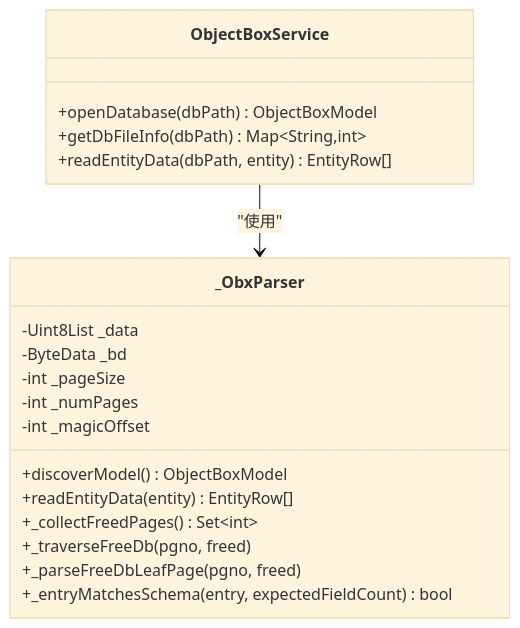
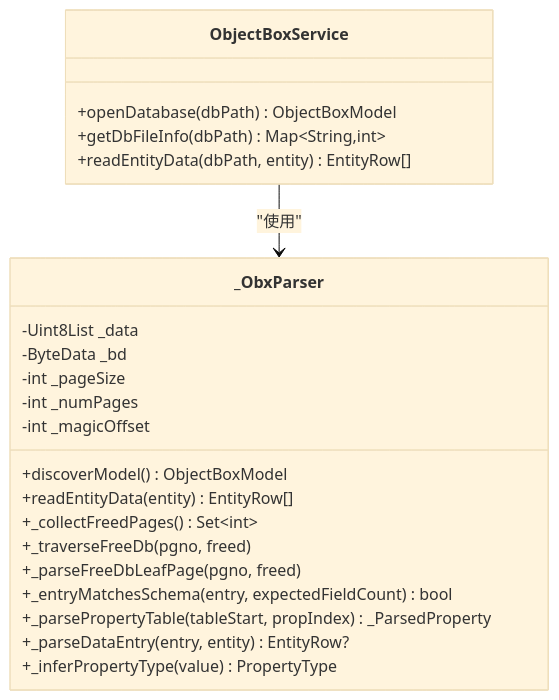
Before and after one commit to kongpf8848/objectbox_viewer: the third of 7 diagrams in .qoder/repowiki/zh/content/架构设计/服务层架构.md, drawn with Mermaid (base theme). The commit also changed other lines of this file and 22 other files, not shown here.

````diff
--- a/.qoder/repowiki/zh/content/架构设计/服务层架构.md
+++ b/.qoder/repowiki/zh/content/架构设计/服务层架构.md
@@ -194,22 +201,25 @@
 ```mermaid
 classDiagram
 class ObjectBoxService {
 +openDatabase(dbPath) ObjectBoxModel
 +getDbFileInfo(dbPath) Map~String,int~
 +readEntityData(dbPath, entity) EntityRow[]
 }
 class _ObxParser {
 -Uint8List _data
 -ByteData _bd
 -int _pageSize
 -int _numPages
 -int _magicOffset
 +discoverModel() ObjectBoxModel
 +readEntityData(entity) EntityRow[]
 +_collectFreedPages() Set~int~
 +_traverseFreeDb(pgno, freed)
 +_parseFreeDbLeafPage(pgno, freed)
 +_entryMatchesSchema(entry, expectedFieldCount) bool
++_parsePropertyTable(tableStart, propIndex) _ParsedProperty
++_parseDataEntry(entry, entity) EntityRow?
++_inferPropertyType(value) PropertyType
 }
 ObjectBoxService --> _ObxParser : "使用"
 ```
````
